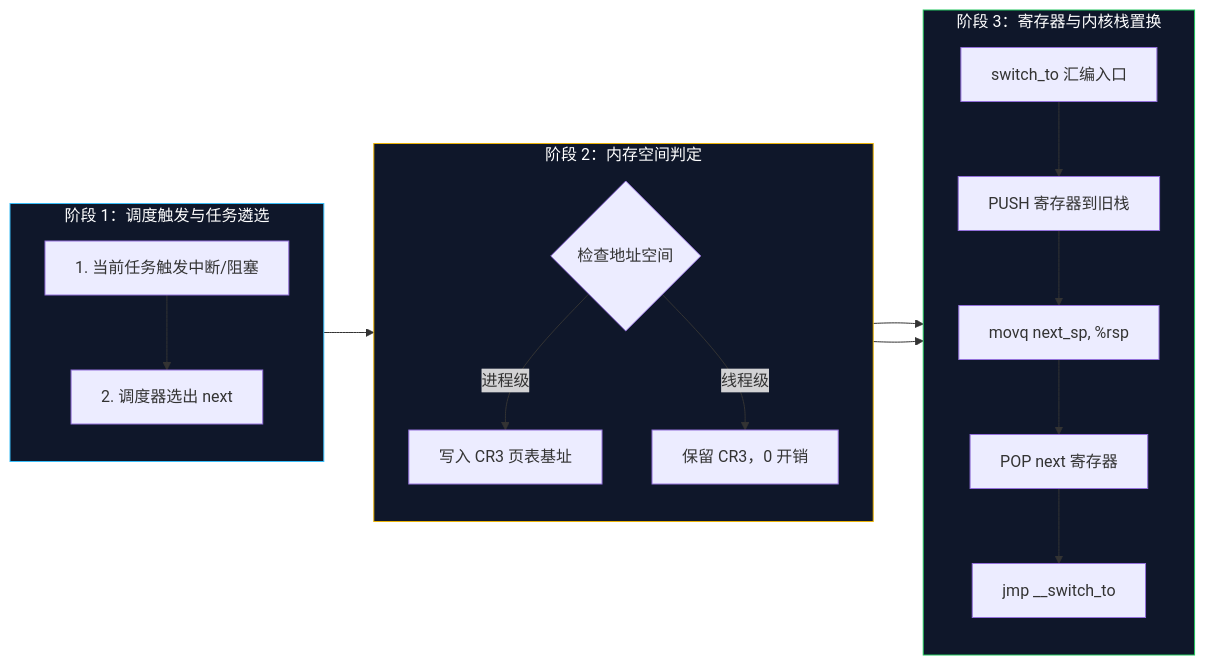
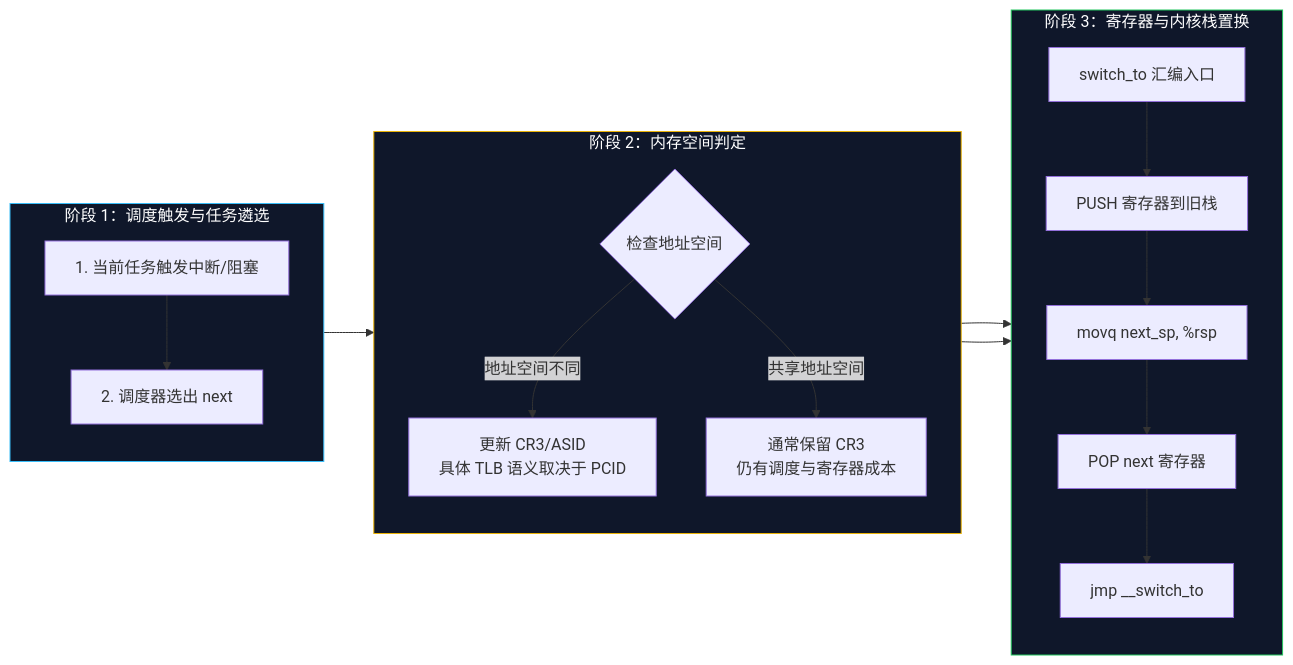
One commit to MoreConsequence/MoreConsequence.github.io changed the third of 5 diagrams in content/posts/understanding-context-switching-from-cpu-to-goroutines.md. Above: the diagram before and after it, drawn with Mermaid. The commit also changed other lines of this file and 263 other files, not shown here.

````diff
--- a/content/posts/understanding-context-switching-from-cpu-to-goroutines.md
+++ b/content/posts/understanding-context-switching-from-cpu-to-goroutines.md
@@ -99,28 +100,28 @@
 ```mermaid
 flowchart LR
     subgraph Step1["阶段 1：调度触发与任务遴选"]
         direction TB
         A["1. 当前任务触发中断/阻塞"] --> B["2. 调度器选出 next"]
     end
 
     subgraph Step2["阶段 2：内存空间判定"]
         direction TB
         B --> C{"检查地址空间"}
-        C -- "进程级" --> D["写入 CR3 页表基址"]
-        C -- "线程级" --> E["保留 CR3，0 开销"]
+        C -- "地址空间不同" --> D["更新 CR3/ASID<br/>具体 TLB 语义取决于 PCID"]
+        C -- "共享地址空间" --> E["通常保留 CR3<br/>仍有调度与寄存器成本"]
     end
 
     subgraph Step3["阶段 3：寄存器与内核栈置换"]
         direction TB
         D --> F["switch_to 汇编入口"]
         E --> F
         F --> G["PUSH 寄存器到旧栈"]
         G --> H["movq next_sp, %rsp"]
         H --> I["POP next 寄存器"]
         I --> J["jmp __switch_to"]
     end
 
     style Step1 fill:#0f172a,stroke:#38bdf8,color:#fff
     style Step2 fill:#0f172a,stroke:#eab308,color:#fff
     style Step3 fill:#0f172a,stroke:#22c55e,color:#fff
 ```
````
